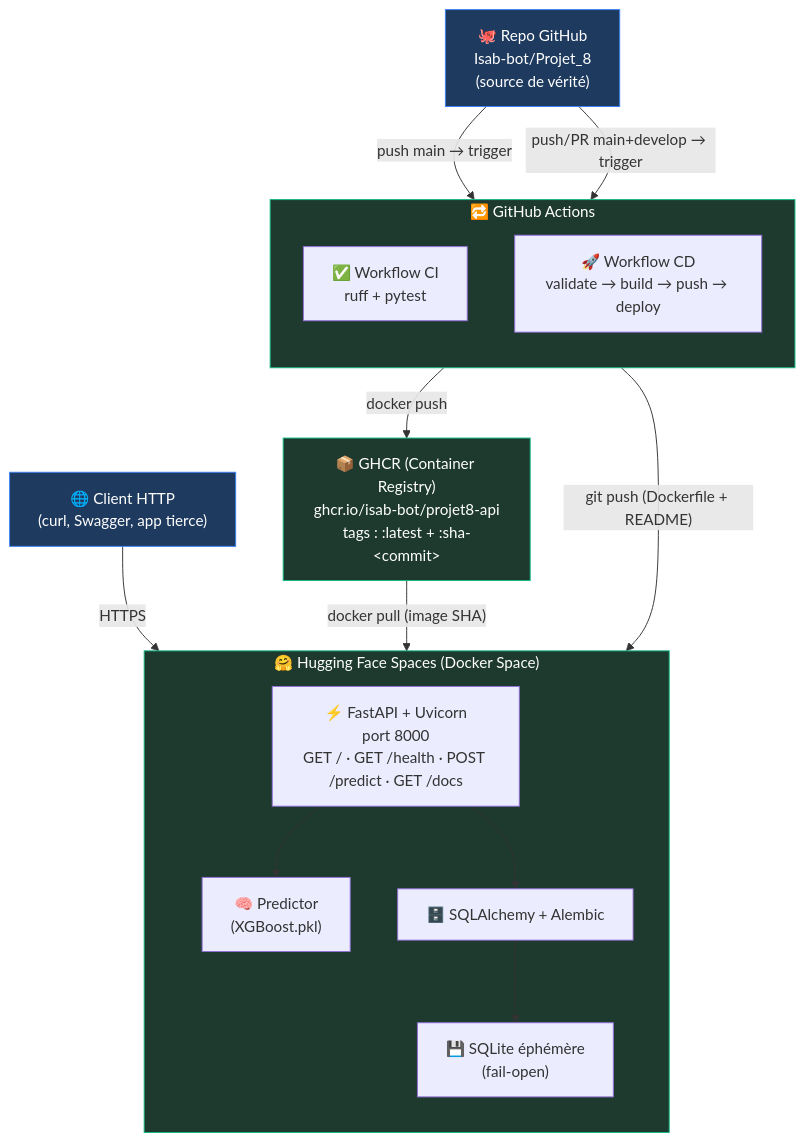
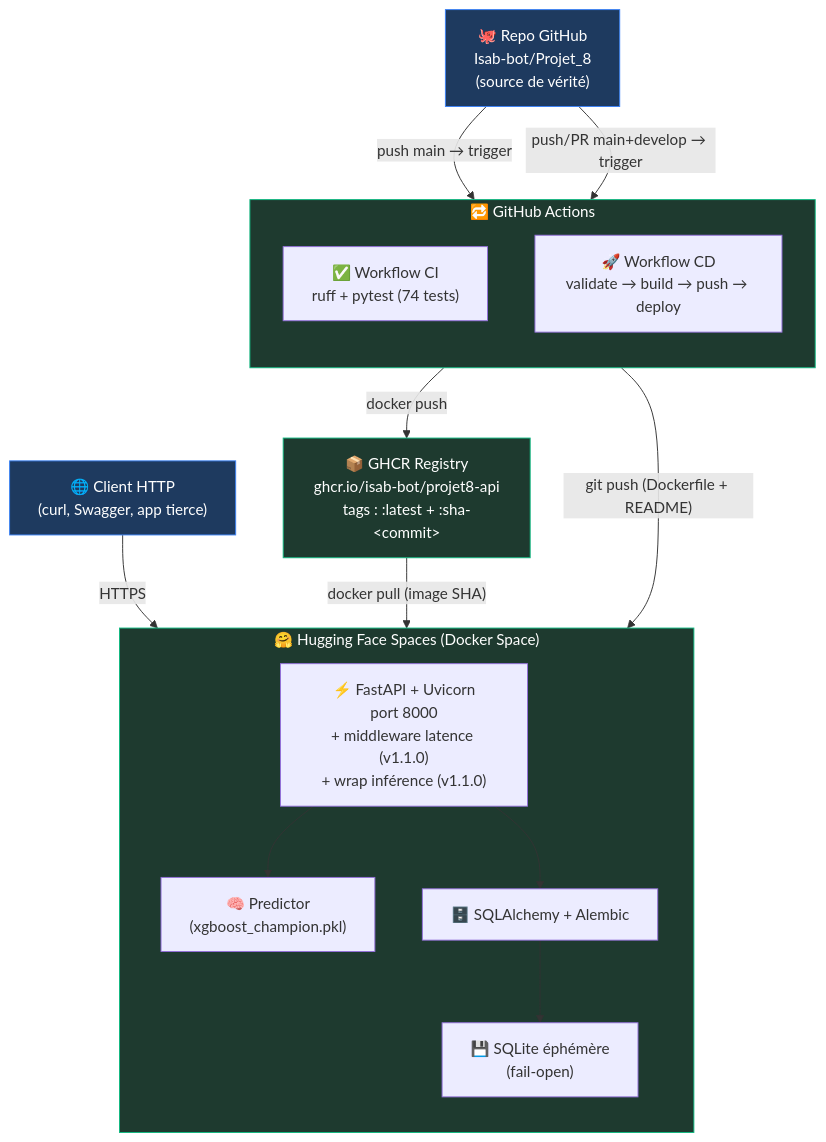
The first of 4 diagrams in README.md (Isab-bot/Projet_8), drawn with Mermaid before and after one commit. The commit also changed other lines of this file and 6 other files, not shown here.

````diff
--- a/README.md
+++ b/README.md
@@ -76,37 +89,36 @@
 ```mermaid
 flowchart TB
     Client["🌐 Client HTTP<br/>(curl, Swagger, app tierce)"]
 
     subgraph HF["🤗 Hugging Face Spaces (Docker Space)"]
         direction TB
-        API["⚡ FastAPI + Uvicorn<br/>port 8000<br/>GET / · GET /health · POST /predict · GET /docs"]
-        Predictor["🧠 Predictor<br/>(XGBoost.pkl)"]
+        API["⚡ FastAPI + Uvicorn<br/>port 8000<br/>+ middleware latence (v1.1.0)<br/>+ wrap inférence (v1.1.0)"]
+        Predictor["🧠 Predictor<br/>(xgboost_champion.pkl)"]
         ORM["🗄️ SQLAlchemy + Alembic"]
         DB["💾 SQLite éphémère<br/>(fail-open)"]
         API --> Predictor
         API --> ORM
         ORM --> DB
     end
 
     subgraph CICD["🔁 GitHub Actions"]
         direction TB
-        CI["✅ Workflow CI<br/>ruff + pytest"]
+        CI["✅ Workflow CI<br/>ruff + pytest (74 tests)"]
         CD["🚀 Workflow CD<br/>validate → build → push → deploy"]
     end
 
-    GHCR["📦 GHCR (Container Registry)<br/>ghcr.io/isab-bot/projet8-api<br/>tags : :latest + :sha-&lt;commit&gt;"]
-
+    GHCR["📦 GHCR Registry<br/>ghcr.io/isab-bot/projet8-api<br/>tags : :latest + :sha-&lt;commit&gt;"]
     Repo["🐙 Repo GitHub<br/>Isab-bot/Projet_8<br/>(source de vérité)"]
 
     Client -- "HTTPS" --> API
     GHCR -- "docker pull (image SHA)" --> HF
     CD -- "docker push" --> GHCR
     CD -- "git push (Dockerfile + README)" --> HF
     Repo -- "push main → trigger" --> CD
     Repo -- "push/PR main+develop → trigger" --> CI
 
     classDef external fill:#1e3a5f,stroke:#3b82f6,color:#fff
     classDef internal fill:#1e3a2f,stroke:#10b981,color:#fff
     class Client,Repo external
     class HF,CICD,GHCR internal
 ```
````
